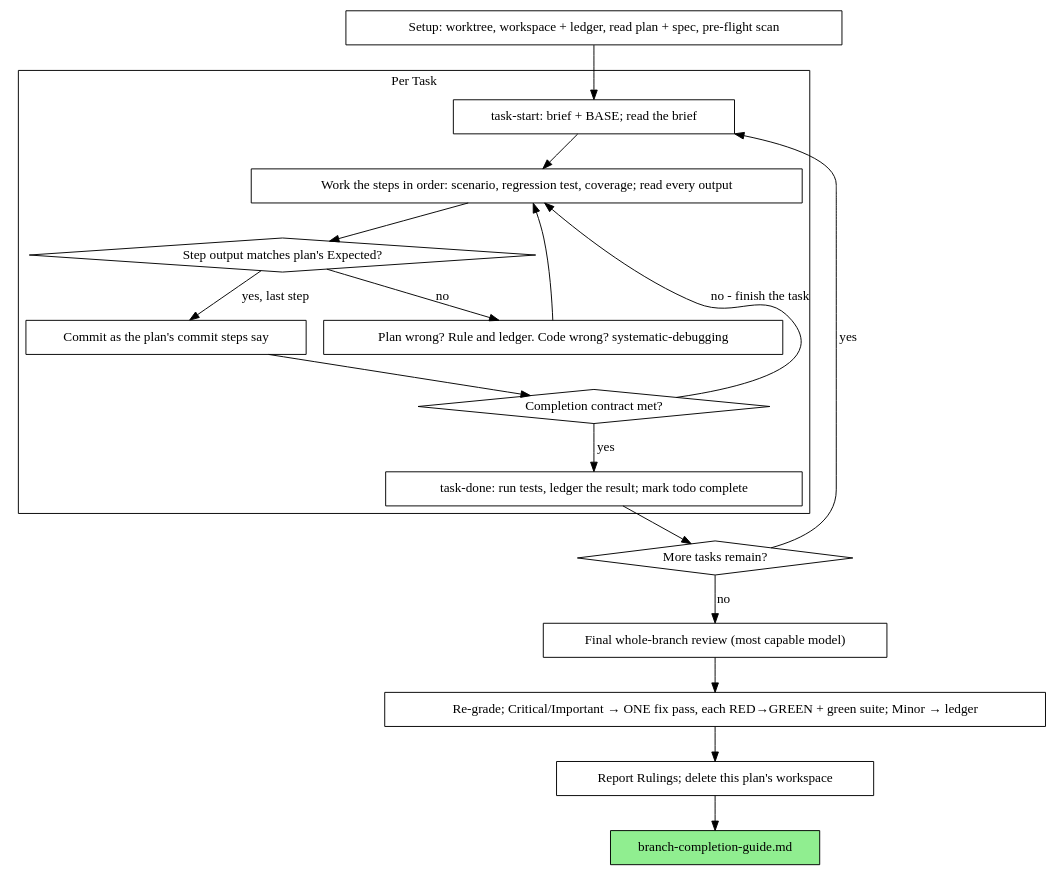
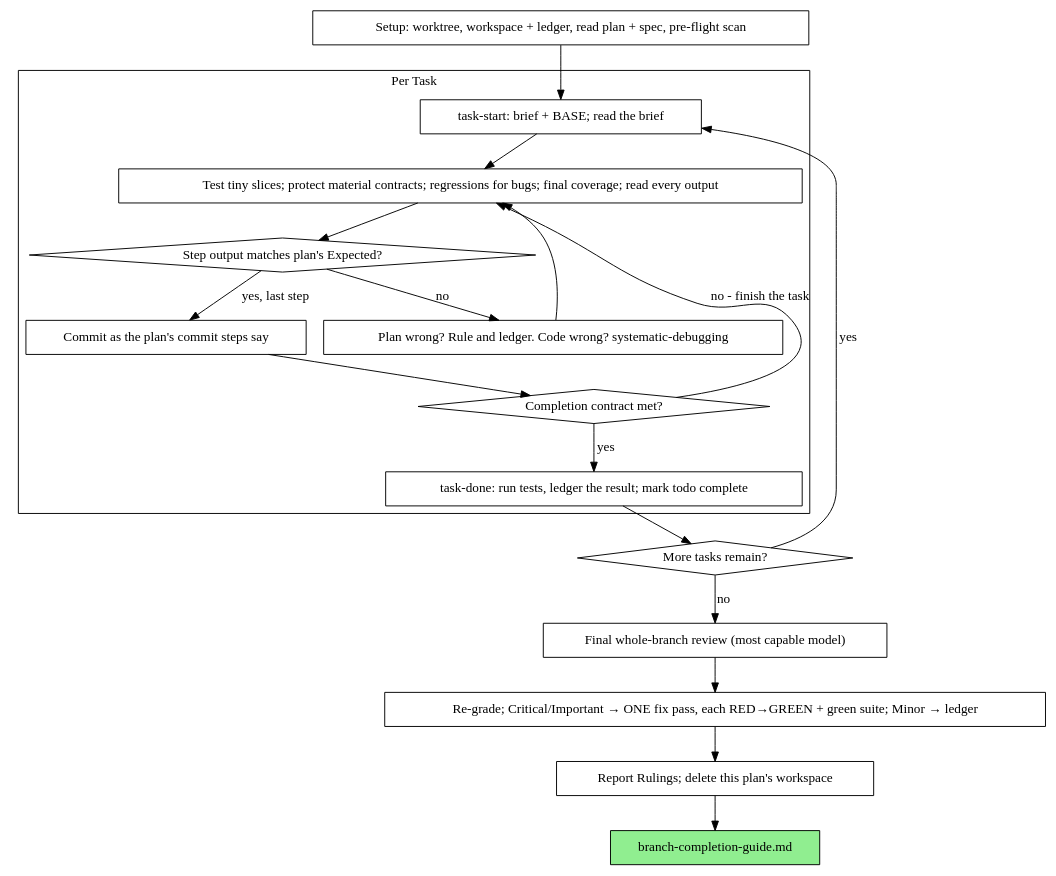
One commit to gautam-achieveai/ClaudePlugins changed the diagram in development/reference/executing-plans-guide.md. Above: the diagram before and after it, drawn with Graphviz. The commit also changed other lines of this file and 58 other files, not shown here.

````diff
--- a/development/reference/executing-plans-guide.md
+++ b/development/reference/executing-plans-guide.md
@@ -41,39 +41,39 @@
 ```dot
 digraph process {
     rankdir=TB;
 
     subgraph cluster_per_task {
         label="Per Task";
         "task-start: brief + BASE; read the brief" [shape=box];
-        "Work the steps in order: scenario, regression test, coverage; read every output" [shape=box];
+        "Test tiny slices; protect material contracts; regressions for bugs; final coverage; read every output" [shape=box];
         "Step output matches plan's Expected?" [shape=diamond];
         "Plan wrong? Rule and ledger. Code wrong? systematic-debugging" [shape=box];
         "Commit as the plan's commit steps say" [shape=box];
         "Completion contract met?" [shape=diamond];
         "task-done: run tests, ledger the result; mark todo complete" [shape=box];
     }
 
     "Setup: worktree, workspace + ledger, read plan + spec, pre-flight scan" [shape=box];
     "More tasks remain?" [shape=diamond];
     "Final whole-branch review (most capable model)" [shape=box];
     "Re-grade; Critical/Important → ONE fix pass, each RED→GREEN + green suite; Minor → ledger" [shape=box];
     "Report Rulings; delete this plan's workspace" [shape=box];
     "branch-completion-guide.md" [shape=box style=filled fillcolor=lightgreen];
 
     "Setup: worktree, workspace + ledger, read plan + spec, pre-flight scan" -> "task-start: brief + BASE; read the brief";
-    "task-start: brief + BASE; read the brief" -> "Work the steps in order: scenario, regression test, coverage; read every output";
-    "Work the steps in order: scenario, regression test, coverage; read every output" -> "Step output matches plan's Expected?";
+    "task-start: brief + BASE; read the brief" -> "Test tiny slices; protect material contracts; regressions for bugs; final coverage; read every output";
+    "Test tiny slices; protect material contracts; regressions for bugs; final coverage; read every output" -> "Step output matches plan's Expected?";
     "Step output matches plan's Expected?" -> "Plan wrong? Rule and ledger. Code wrong? systematic-debugging" [label="no"];
-    "Plan wrong? Rule and ledger. Code wrong? systematic-debugging" -> "Work the steps in order: scenario, regression test, coverage; read every output";
+    "Plan wrong? Rule and ledger. Code wrong? systematic-debugging" -> "Test tiny slices; protect material contracts; regressions for bugs; final coverage; read every output";
     "Step output matches plan's Expected?" -> "Commit as the plan's commit steps say" [label="yes, last step"];
     "Commit as the plan's commit steps say" -> "Completion contract met?";
-    "Completion contract met?" -> "Work the steps in order: scenario, regression test, coverage; read every output" [label="no - finish the task"];
+    "Completion contract met?" -> "Test tiny slices; protect material contracts; regressions for bugs; final coverage; read every output" [label="no - finish the task"];
     "Completion contract met?" -> "task-done: run tests, ledger the result; mark todo complete" [label="yes"];
     "task-done: run tests, ledger the result; mark todo complete" -> "More tasks remain?";
     "More tasks remain?" -> "task-start: brief + BASE; read the brief" [label="yes"];
     "More tasks remain?" -> "Final whole-branch review (most capable model)" [label="no"];
     "Final whole-branch review (most capable model)" -> "Re-grade; Critical/Important → ONE fix pass, each RED→GREEN + green suite; Minor → ledger";
     "Re-grade; Critical/Important → ONE fix pass, each RED→GREEN + green suite; Minor → ledger" -> "Report Rulings; delete this plan's workspace";
     "Report Rulings; delete this plan's workspace" -> "branch-completion-guide.md";
 }
 ```
````
